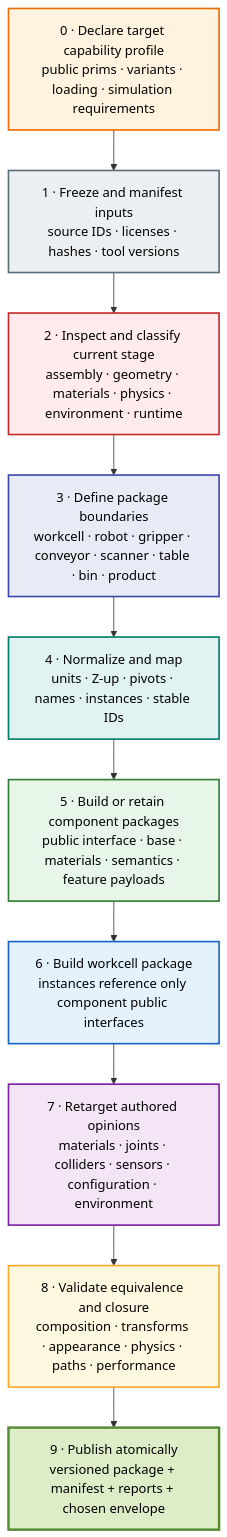
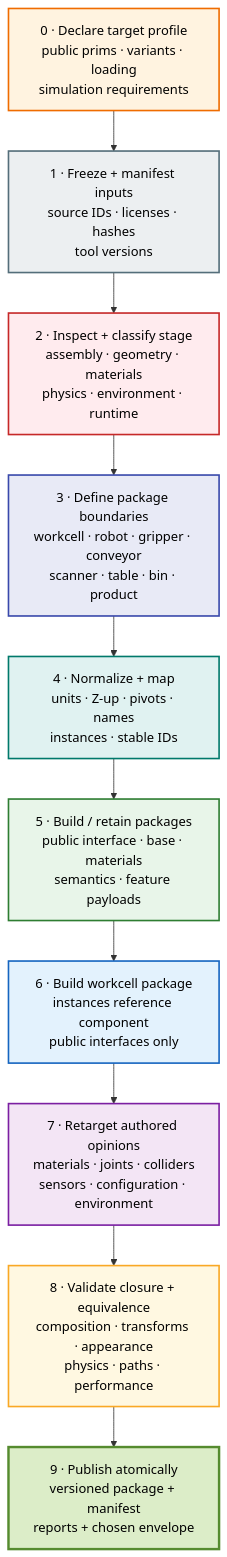
Before and after one commit to jph2/USD_GoodStart: diagram 19 of 21 in WIP_Docs/LAYER_ORDER_REFERENCES_RESEARCH.md, drawn with Mermaid. The commit also changed other lines of this file, not shown here.

Commit message:
Fix Mermaid label clipping in research diagrams

````diff
--- a/WIP_Docs/LAYER_ORDER_REFERENCES_RESEARCH.md
+++ b/WIP_Docs/LAYER_ORDER_REFERENCES_RESEARCH.md
@@ -2303,26 +2312,26 @@
 ```mermaid
 flowchart TB
-    P0["0 · Declare target capability profile<br/>public prims · variants · loading · simulation requirements"]
-    P1["1 · Freeze and manifest inputs<br/>source IDs · licenses · hashes · tool versions"]
-    P2["2 · Inspect and classify current stage<br/>assembly · geometry · materials · physics · environment · runtime"]
-    P3["3 · Define package boundaries<br/>workcell · robot · gripper · conveyor · scanner · table · bin · product"]
-    P4["4 · Normalize and map<br/>units · Z-up · pivots · names · instances · stable IDs"]
-    P5["5 · Build or retain component packages<br/>public interface · base · materials · semantics · feature payloads"]
-    P6["6 · Build workcell package<br/>instances reference only component public interfaces"]
-    P7["7 · Retarget authored opinions<br/>materials · joints · colliders · sensors · configuration · environment"]
-    P8["8 · Validate equivalence and closure<br/>composition · transforms · appearance · physics · paths · performance"]
-    P9["9 · Publish atomically<br/>versioned package + manifest + reports + chosen envelope"]
+    P0["0 · Declare target profile<br/>public prims · variants · loading<br/>simulation requirements"]
+    P1["1 · Freeze + manifest inputs<br/>source IDs · licenses · hashes<br/>tool versions"]
+    P2["2 · Inspect + classify stage<br/>assembly · geometry · materials<br/>physics · environment · runtime"]
+    P3["3 · Define package boundaries<br/>workcell · robot · gripper · conveyor<br/>scanner · table · bin · product"]
+    P4["4 · Normalize + map<br/>units · Z-up · pivots · names<br/>instances · stable IDs"]
+    P5["5 · Build / retain packages<br/>public interface · base · materials<br/>semantics · feature payloads"]
+    P6["6 · Build workcell package<br/>instances reference component<br/>public interfaces only"]
+    P7["7 · Retarget authored opinions<br/>materials · joints · colliders<br/>sensors · configuration · environment"]
+    P8["8 · Validate closure + equivalence<br/>composition · transforms · appearance<br/>physics · paths · performance"]
+    P9["9 · Publish atomically<br/>versioned package + manifest<br/>reports + chosen envelope"]
 
     P0 --> P1 --> P2 --> P3 --> P4 --> P5 --> P6 --> P7 --> P8 --> P9
 
     style P0 fill:#fff3e0,stroke:#ef6c00,stroke-width:2px,color:#000
     style P1 fill:#eceff1,stroke:#546e7a,stroke-width:2px,color:#000
     style P2 fill:#ffebee,stroke:#c62828,stroke-width:2px,color:#000
     style P3 fill:#e8eaf6,stroke:#3949ab,stroke-width:2px,color:#000
     style P4 fill:#e0f2f1,stroke:#00796b,stroke-width:2px,color:#000
     style P5 fill:#e8f5e9,stroke:#2e7d32,stroke-width:2px,color:#000
     style P6 fill:#e3f2fd,stroke:#1565c0,stroke-width:2px,color:#000
     style P7 fill:#f3e5f5,stroke:#7b1fa2,stroke-width:2px,color:#000
     style P8 fill:#fff8e1,stroke:#f9a825,stroke-width:2px,color:#000
     style P9 fill:#dcedc8,stroke:#558b2f,stroke-width:3px,color:#000
 ```
````
